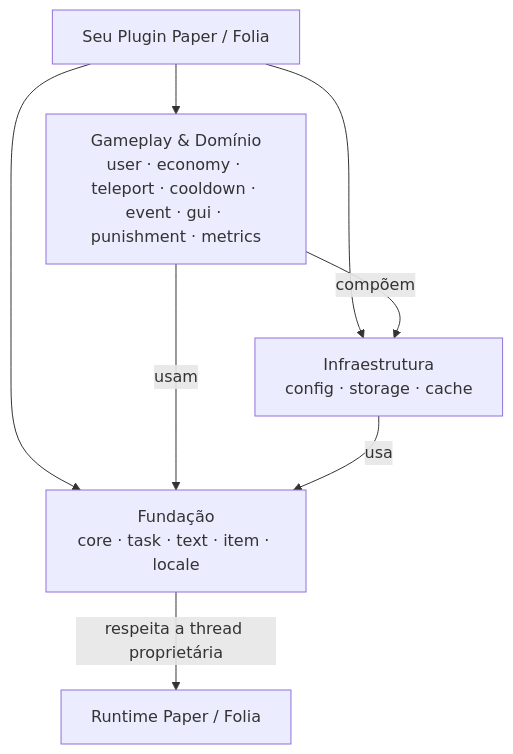
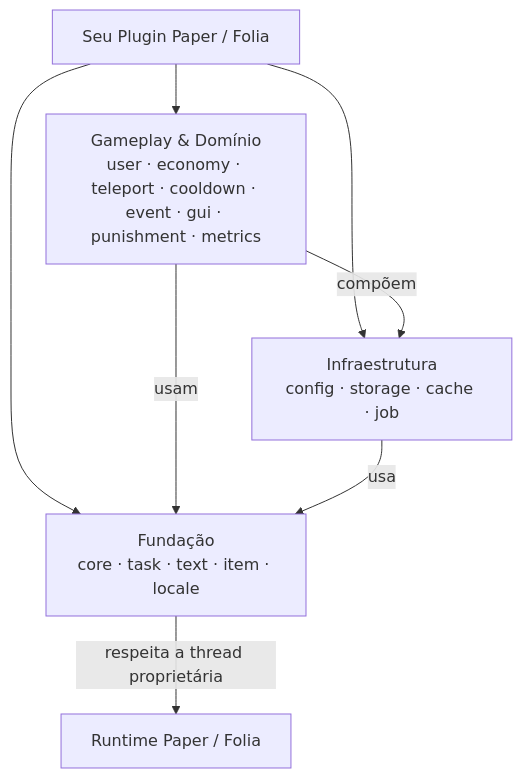
One commit to HanielCota/Cotani changed the diagram in README.pt-BR.md. Above: the diagram before and after it, drawn with Mermaid. The commit also changed other lines of this file and 703 other files, not shown here.

Commit message:
refactor: organize module architecture and async boundaries

````diff
--- a/README.pt-BR.md
+++ b/README.pt-BR.md
@@ -169,16 +177,16 @@
 ```mermaid
 flowchart TB
     Plugin["Seu Plugin Paper / Folia"]
     Features["Gameplay & Domínio<br/>user · economy · teleport · cooldown · event · gui · punishment · metrics"]
-    Infrastructure["Infraestrutura<br/>config · storage · cache"]
+    Infrastructure["Infraestrutura<br/>config · storage · cache · job"]
     Foundation["Fundação<br/>core · task · text · item · locale"]
     Runtime["Runtime Paper / Folia"]
 
     Plugin --> Features
     Plugin --> Infrastructure
     Plugin --> Foundation
     Features -->|compõem| Infrastructure
     Features -->|usam| Foundation
     Infrastructure -->|usa| Foundation
     Foundation -->|respeita a thread proprietária| Runtime
 ```
````
